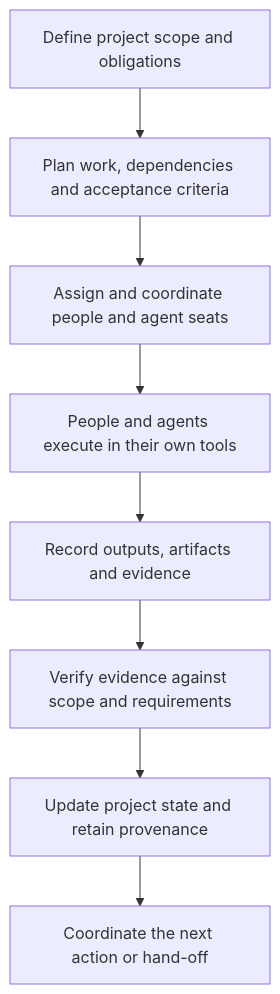
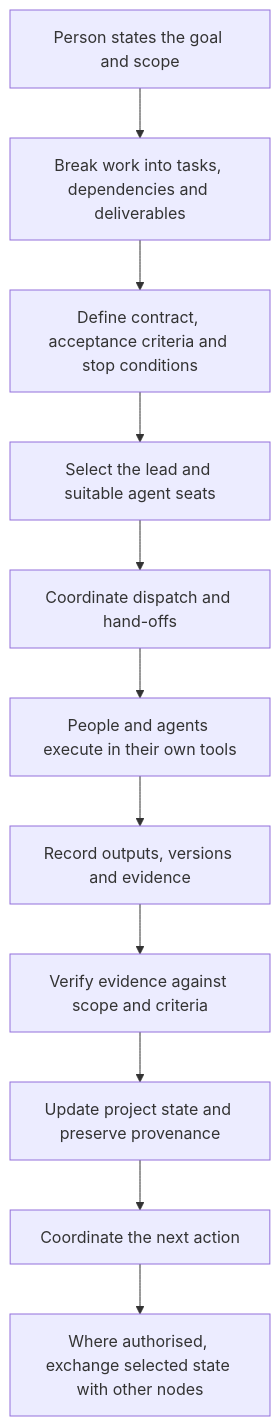
One commit to mgillr/memev changed the third of 3 diagrams in README.md. Above: the diagram before and after it, drawn with Mermaid. The commit also changed other lines of this file, not shown here.

Commit message:
docs: expand Memev product architecture and federation overview

````diff
--- a/README.md
+++ b/README.md
@@ -122,10 +187,13 @@
 ```mermaid
 flowchart TD
-    a["Define project scope and obligations"] --> b["Plan work, dependencies and acceptance criteria"]
-    b --> c["Assign and coordinate people and agent seats"]
-    c --> d["People and agents execute in their own tools"]
-    d --> e["Record outputs, artifacts and evidence"]
-    e --> f["Verify evidence against scope and requirements"]
-    f --> g["Update project state and retain provenance"]
-    g --> h["Coordinate the next action or hand-off"]
+    a["Person states the goal and scope"] --> b["Break work into tasks, dependencies and deliverables"]
+    b --> c["Define contract, acceptance criteria and stop conditions"]
+    c --> d["Select the lead and suitable agent seats"]
+    d --> e["Coordinate dispatch and hand-offs"]
+    e --> f["People and agents execute in their own tools"]
+    f --> g["Record outputs, versions and evidence"]
+    g --> h["Verify evidence against scope and criteria"]
+    h --> i["Update project state and preserve provenance"]
+    i --> j["Coordinate the next action"]
+    j --> k["Where authorised, exchange selected state with other nodes"]
 ```
````
